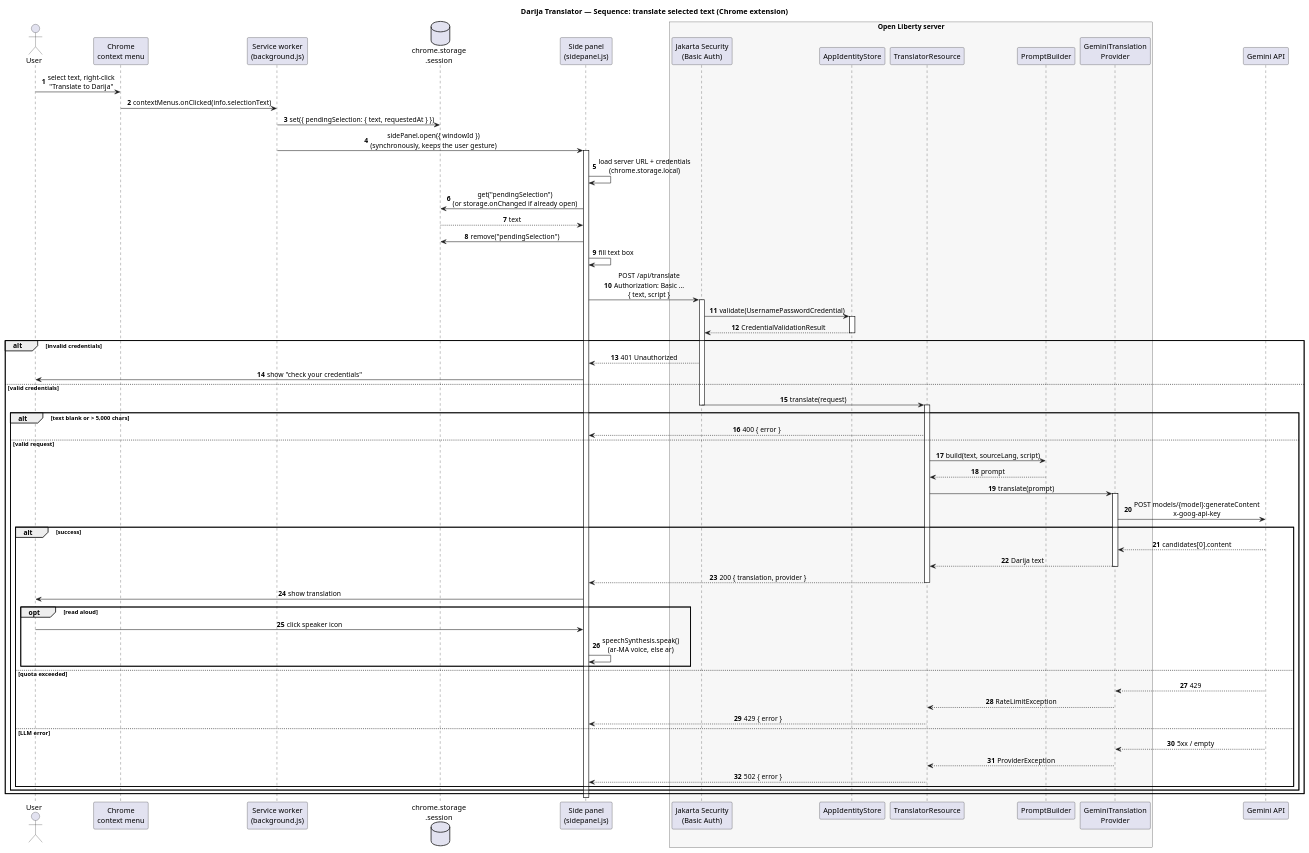
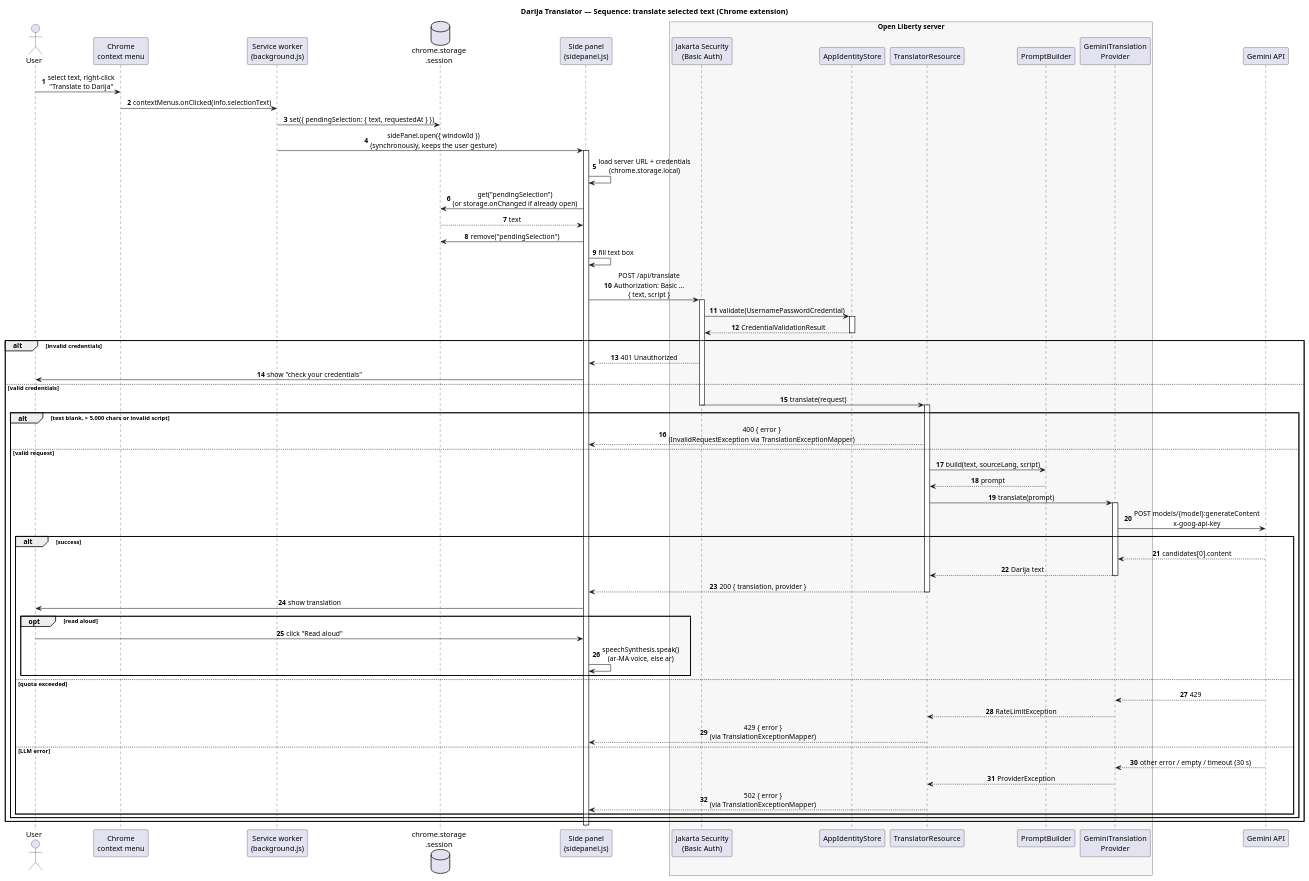
The diagram in docs/sequence-diagram.puml (bashirmouri/darija-translator), drawn with PlantUML before and after one commit. The commit also changed 3 other files, not shown here.

First line of the commit message:
docs: sync UML diagrams with the final code

```diff
--- a/docs/sequence-diagram.puml
+++ b/docs/sequence-diagram.puml
@@ -1,78 +1,78 @@
 @startuml sequence-diagram
 ' Darija Translator — translating selected text from the Chrome extension
 skinparam shadowing false
 skinparam sequenceMessageAlign center
 autonumber
 title Darija Translator — Sequence: translate selected text (Chrome extension)
 
 actor User
 participant "Chrome\ncontext menu" as Menu
 participant "Service worker\n(background.js)" as SW
 database "chrome.storage\n.session" as Store
 participant "Side panel\n(sidepanel.js)" as Panel
 box "Open Liberty server" #F7F7F7
   participant "Jakarta Security\n(Basic Auth)" as Sec
   participant "AppIdentityStore" as IdS
   participant "TranslatorResource" as Res
   participant "PromptBuilder" as PB
   participant "GeminiTranslation\nProvider" as Prov
 end box
 participant "Gemini API" as Gemini
 
 User -> Menu : select text, right-click\n"Translate to Darija"
 Menu -> SW : contextMenus.onClicked(info.selectionText)
 SW -> Store : set({ pendingSelection: { text, requestedAt } })
 SW -> Panel : sidePanel.open({ windowId })\n(synchronously, keeps the user gesture)
 activate Panel
 Panel -> Panel : load server URL + credentials\n(chrome.storage.local)
 Panel -> Store : get("pendingSelection")\n(or storage.onChanged if already open)
 Store --> Panel : text
 Panel -> Store : remove("pendingSelection")
 Panel -> Panel : fill text box
 
 Panel -> Sec : POST /api/translate\nAuthorization: Basic …\n{ text, script }
 activate Sec
 Sec -> IdS : validate(UsernamePasswordCredential)
 activate IdS
 IdS --> Sec : CredentialValidationResult
 deactivate IdS
 
 alt invalid credentials
   Sec --> Panel : 401 Unauthorized
   Panel -> User : show "check your credentials"
 else valid credentials
   Sec -> Res : translate(request)
   deactivate Sec
   activate Res
-  alt text blank or > 5,000 chars
-    Res --> Panel : 400 { error }
+  alt text blank, > 5,000 chars or invalid script
+    Res --> Panel : 400 { error }\n(InvalidRequestException via TranslationExceptionMapper)
   else valid request
     Res -> PB : build(text, sourceLang, script)
     PB --> Res : prompt
     Res -> Prov : translate(prompt)
     activate Prov
     Prov -> Gemini : POST models/{model}:generateContent\nx-goog-api-key
     alt success
       Gemini --> Prov : candidates[0].content
       Prov --> Res : Darija text
       deactivate Prov
       Res --> Panel : 200 { translation, provider }
       deactivate Res
       Panel -> User : show translation
       opt read aloud
-        User -> Panel : click speaker icon
+        User -> Panel : click "Read aloud"
         Panel -> Panel : speechSynthesis.speak()\n(ar-MA voice, else ar)
       end
     else quota exceeded
       Gemini --> Prov : 429
       Prov --> Res : RateLimitException
-      Res --> Panel : 429 { error }
+      Res --> Panel : 429 { error }\n(via TranslationExceptionMapper)
     else LLM error
-      Gemini --> Prov : 5xx / empty
+      Gemini --> Prov : other error / empty / timeout (30 s)
       Prov --> Res : ProviderException
-      Res --> Panel : 502 { error }
+      Res --> Panel : 502 { error }\n(via TranslationExceptionMapper)
     end
   end
 end
 deactivate Panel
 @enduml
```
